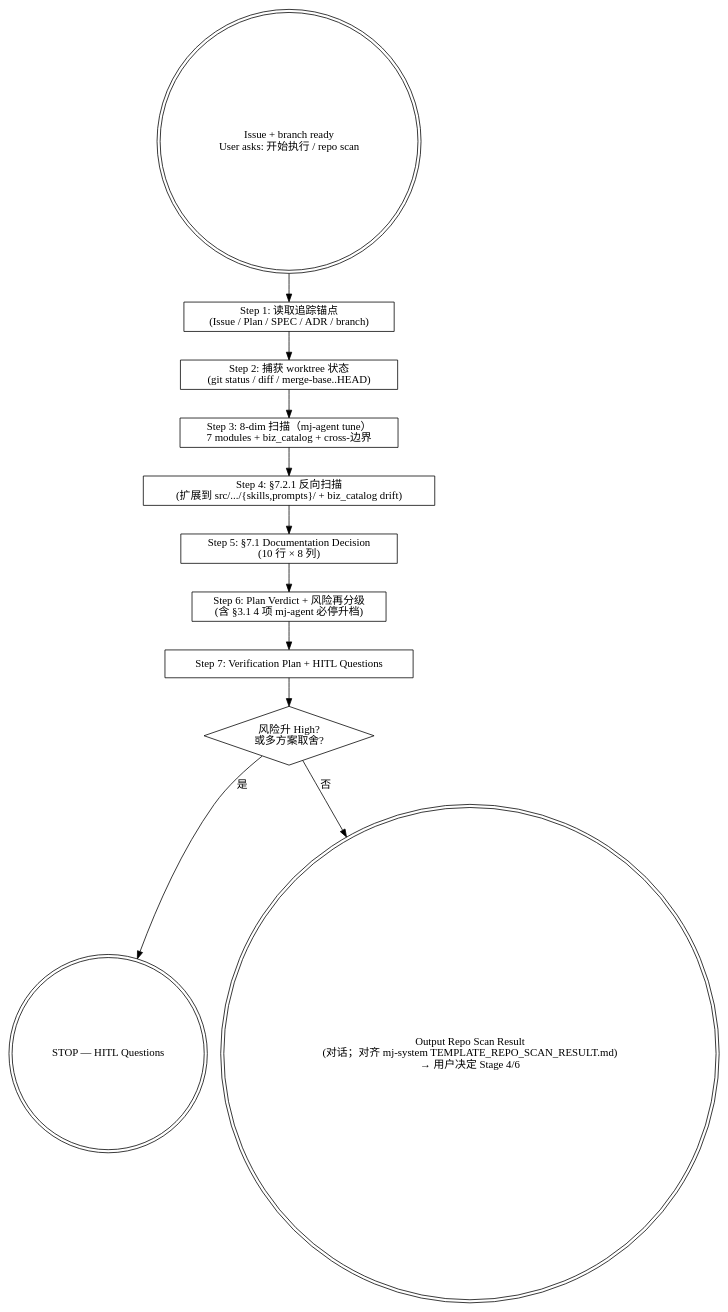
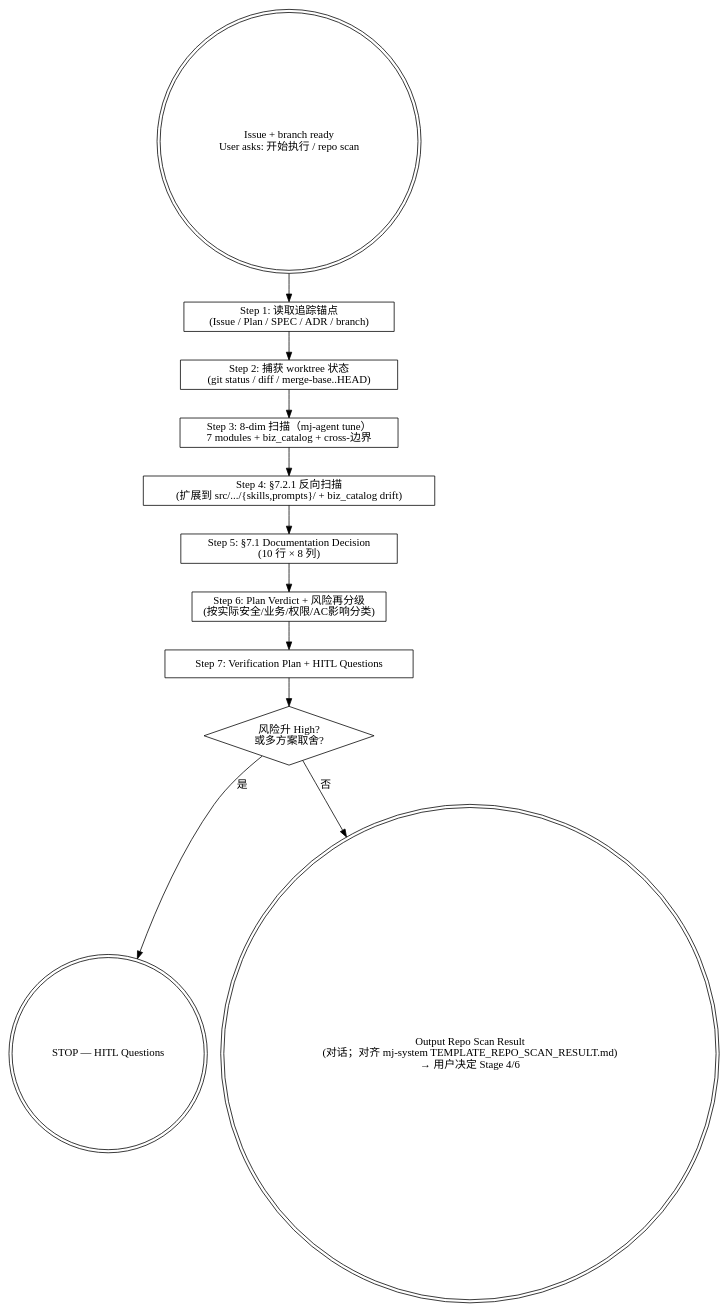
Before and after one commit to MJ-AgentLab/mj-agent: the diagram in .agents/skills/mj-agent-flow-repo-scan/SKILL.md, drawn with Graphviz. The commit also changed other lines of this file and 134 other files, not shown here.

````diff
--- a/.agents/skills/mj-agent-flow-repo-scan/SKILL.md
+++ b/.agents/skills/mj-agent-flow-repo-scan/SKILL.md
@@ -36,22 +37,22 @@
 ```dot
 digraph repo_scan {
   rankdir=TB;
   start [label="Issue + branch ready\nUser asks: 开始执行 / repo scan" shape=doublecircle];
 
   s1 [label="Step 1: 读取追踪锚点\n(Issue / Plan / SPEC / ADR / branch)" shape=box];
   s2 [label="Step 2: 捕获 worktree 状态\n(git status / diff / merge-base..HEAD)" shape=box];
   s3 [label="Step 3: 8-dim 扫描（mj-agent tune）\n7 modules + biz_catalog + cross-边界" shape=box];
   s4 [label="Step 4: §7.2.1 反向扫描\n(扩展到 src/.../{skills,prompts}/ + biz_catalog drift)" shape=box];
   s5 [label="Step 5: §7.1 Documentation Decision\n(10 行 × 8 列)" shape=box];
-  s6 [label="Step 6: Plan Verdict + 风险再分级\n(含 §3.1 4 项 mj-agent 必停升档)" shape=box];
+  s6 [label="Step 6: Plan Verdict + 风险再分级\n(按实际安全/业务/权限/AC影响分类)" shape=box];
   s7 [label="Step 7: Verification Plan + HITL Questions" shape=box];
 
   gate [label="风险升 High?\n或多方案取舍?" shape=diamond];
   hitl [label="STOP — HITL Questions" shape=doublecircle];
   out [label="Output Repo Scan Result\n(对话；对齐 mj-system TEMPLATE_REPO_SCAN_RESULT.md)\n→ 用户决定 Stage 4/6" shape=doublecircle];
 
   start -> s1 -> s2 -> s3 -> s4 -> s5 -> s6 -> s7 -> gate;
   gate -> hitl [label="是"];
   gate -> out [label="否"];
 }
 ```
````
